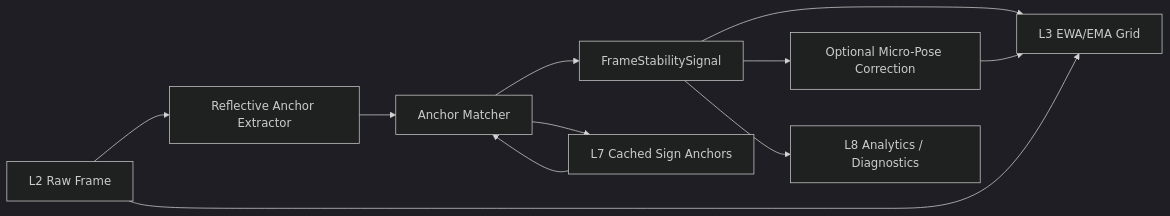
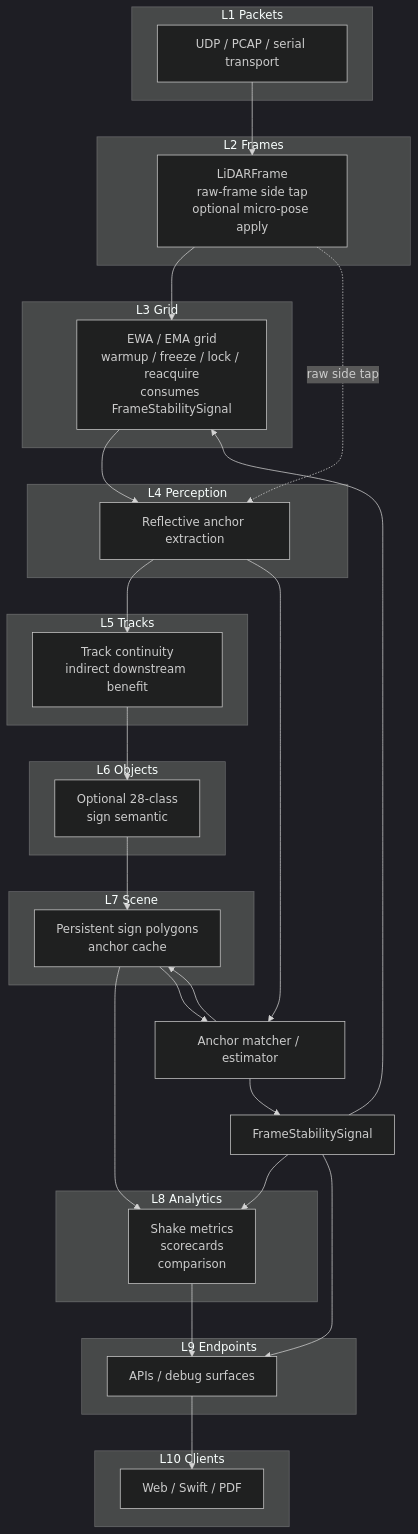
One commit to banshee-data/velocity.report changed the first of 3 diagrams in docs/maths/proposals/20260310-reflective-sign-pose-anchor-maths.md. Above: the diagram before and after it, drawn with Mermaid (dark theme). The commit also changed other lines of this file and 3 other files, not shown here.

Commit message:
Draft sign anchor proposal

````diff
--- a/docs/maths/proposals/20260310-reflective-sign-pose-anchor-maths.md
+++ b/docs/maths/proposals/20260310-reflective-sign-pose-anchor-maths.md
@@ -330,13 +330,43 @@
 ```mermaid
-flowchart LR
-    L2["L2 Raw Frame"] --> A["Reflective Anchor Extractor"]
-    L2 --> G["L3 EWA/EMA Grid"]
-    A --> M["Anchor Matcher"]
-    L7["L7 Cached Sign Anchors"] --> M
+flowchart TD
+    subgraph L1["L1 Packets"]
+        P["UDP / PCAP / serial transport"]
+    end
+    subgraph L2["L2 Frames"]
+        F["LiDARFrame\nraw-frame side tap\noptional micro-pose apply"]
+    end
+    subgraph L3["L3 Grid"]
+        G["EWA / EMA grid\nwarmup / freeze / lock / reacquire\nconsumes FrameStabilitySignal"]
+    end
+    subgraph L4["L4 Perception"]
+        A["Reflective anchor extraction"]
+    end
+    subgraph L5["L5 Tracks"]
+        T["Track continuity\nindirect downstream benefit"]
+    end
+    subgraph L6["L6 Objects"]
+        O["Optional 28-class\nsign semantic"]
+    end
+    subgraph L7["L7 Scene"]
+        H["Persistent sign polygons\nanchor cache"]
+    end
+    subgraph L8["L8 Analytics"]
+        N["Shake metrics\nscorecards\ncomparison"]
+    end
+    subgraph L9["L9 Endpoints"]
+        E["APIs / debug surfaces"]
+    end
+    subgraph L10["L10 Clients"]
+        C["Web / Swift / PDF"]
+    end
+
+    P --> F --> G --> A --> T --> O --> H --> N --> E --> C
+    F -. "raw side tap" .-> A
+    A --> M["Anchor matcher / estimator"]
+    H --> M
     M --> S["FrameStabilitySignal"]
     S --> G
-    S --> C["Optional Micro-Pose Correction"]
-    C --> G
-    S --> L8["L8 Analytics / Diagnostics"]
-    M --> L7
+    S --> N
+    S --> E
+    M --> H
 ```
````
